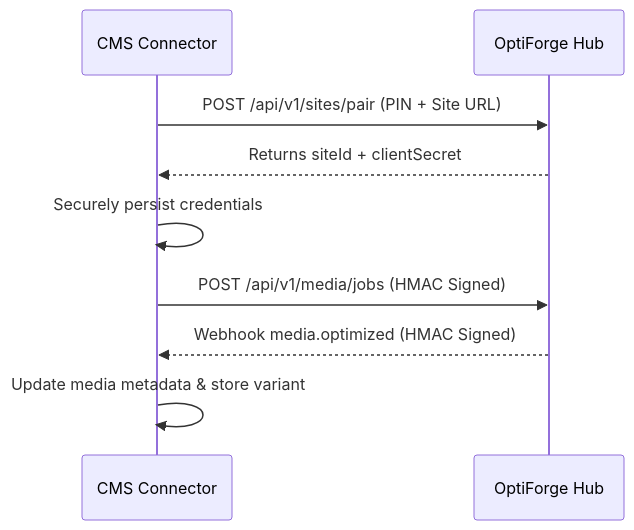
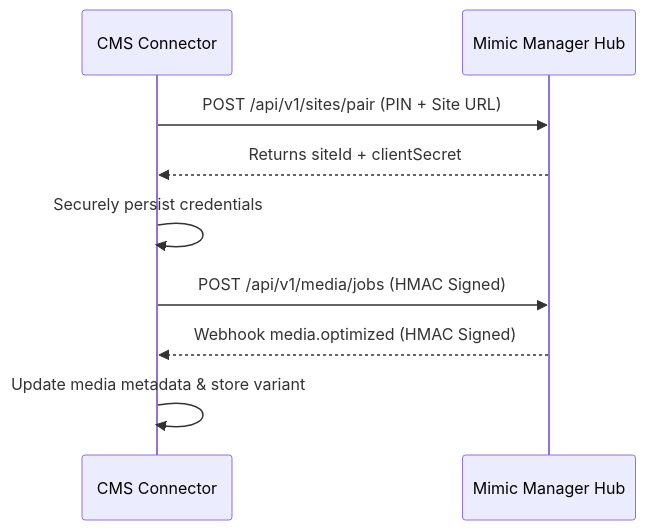
One commit to GeniousSonu/Mimic-Manager changed the diagram in docs/architecture/CONNECTOR_AUTHORING_GUIDE.md. Above: the diagram before and after it, drawn with Mermaid. The commit also changed other lines of this file and 139 other files, not shown here.

````diff
--- a/docs/architecture/CONNECTOR_AUTHORING_GUIDE.md
+++ b/docs/architecture/CONNECTOR_AUTHORING_GUIDE.md
@@ -37,12 +37,12 @@
 ```mermaid
 sequenceDiagram
     participant CMS as CMS Connector
-    participant Hub as OptiForge Hub
+    participant Hub as Mimic Manager Hub
     
     CMS->>Hub: POST /api/v1/sites/pair (PIN + Site URL)
     Hub-->>CMS: Returns siteId + clientSecret
     CMS->>CMS: Securely persist credentials
     CMS->>Hub: POST /api/v1/media/jobs (HMAC Signed)
     Hub-->>CMS: Webhook media.optimized (HMAC Signed)
     CMS->>CMS: Update media metadata & store variant
 ```
````
